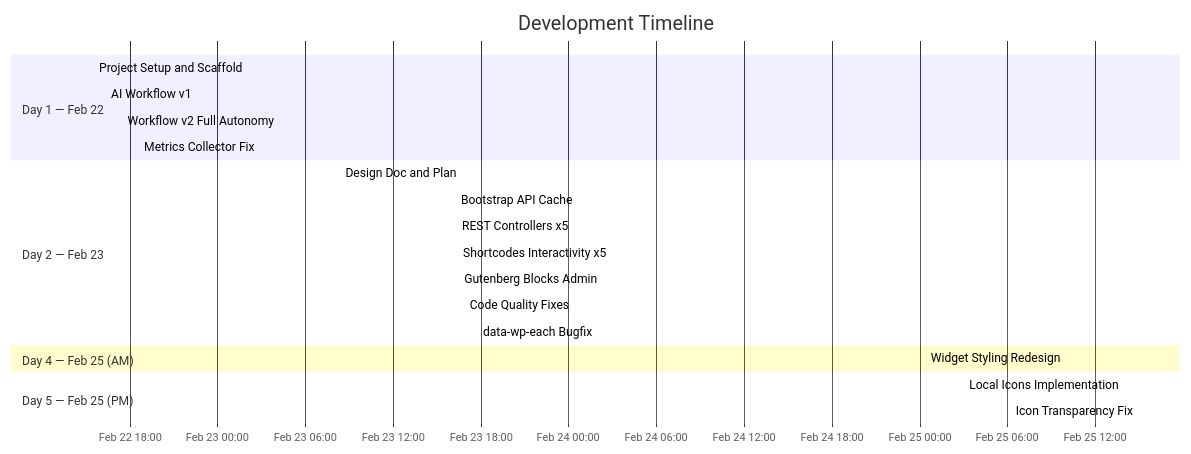
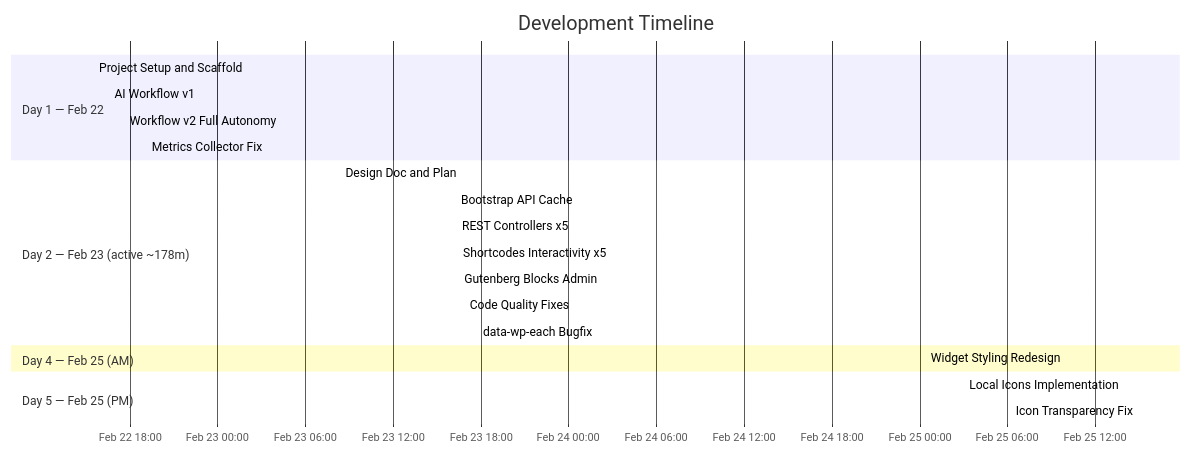
Before and after one commit to atlantdak/claude-code-hackathon-xbo-market-kit: the third of 7 diagrams in README.md, drawn with Mermaid. The commit also changed other lines of this file, not shown here.

First line of the commit message:
docs: switch README metrics from wall clock to active session time

````diff
--- a/README.md
+++ b/README.md
@@ -80,24 +80,24 @@
 ```mermaid
 gantt
     title Development Timeline
     dateFormat YYYY-MM-DD HH:mm
     axisFormat %b %d %H:%M
     section Day 1 — Feb 22
-    Project Setup and Scaffold   :done, setup, 2026-02-22 15:33, 48min
-    AI Workflow v1               :done, wf1, 2026-02-22 16:21, 51min
-    Workflow v2 Full Autonomy    :done, wf2, 2026-02-22 17:30, 70min
-    Metrics Collector Fix        :done, fix, 2026-02-22 18:40, 14min
-    section Day 2 — Feb 23
+    Project Setup and Scaffold   :done, setup, 2026-02-22 15:33, 62min
+    AI Workflow v1               :done, wf1, 2026-02-22 16:35, 66min
+    Workflow v2 Full Autonomy    :done, wf2, 2026-02-22 17:41, 90min
+    Metrics Collector Fix        :done, fix, 2026-02-22 19:11, 18min
+    section Day 2 — Feb 23 (active ~178m)
     Design Doc and Plan          :done, plan, 2026-02-23 08:26, 128min
     Bootstrap API Cache          :done, core, 2026-02-23 16:18, 5min
     REST Controllers x5          :done, rest, 2026-02-23 16:22, 4min
     Shortcodes Interactivity x5  :done, sc, 2026-02-23 16:26, 5min
     Gutenberg Blocks Admin       :done, blk, 2026-02-23 16:31, 23min
     Code Quality Fixes           :done, qa, 2026-02-23 16:54, 52min
     data-wp-each Bugfix          :done, bugfix, 2026-02-23 17:46, 1min
     section Day 4 — Feb 25 (AM)
     Widget Styling Redesign    :done, style, 2026-02-25 10:00, 34min
     section Day 5 — Feb 25 (PM)
     Local Icons Implementation :done, icons, 2026-02-25 14:00, 53min
     Icon Transparency Fix      :done, iconfix, 2026-02-25 15:00, 5min
 ```
````
